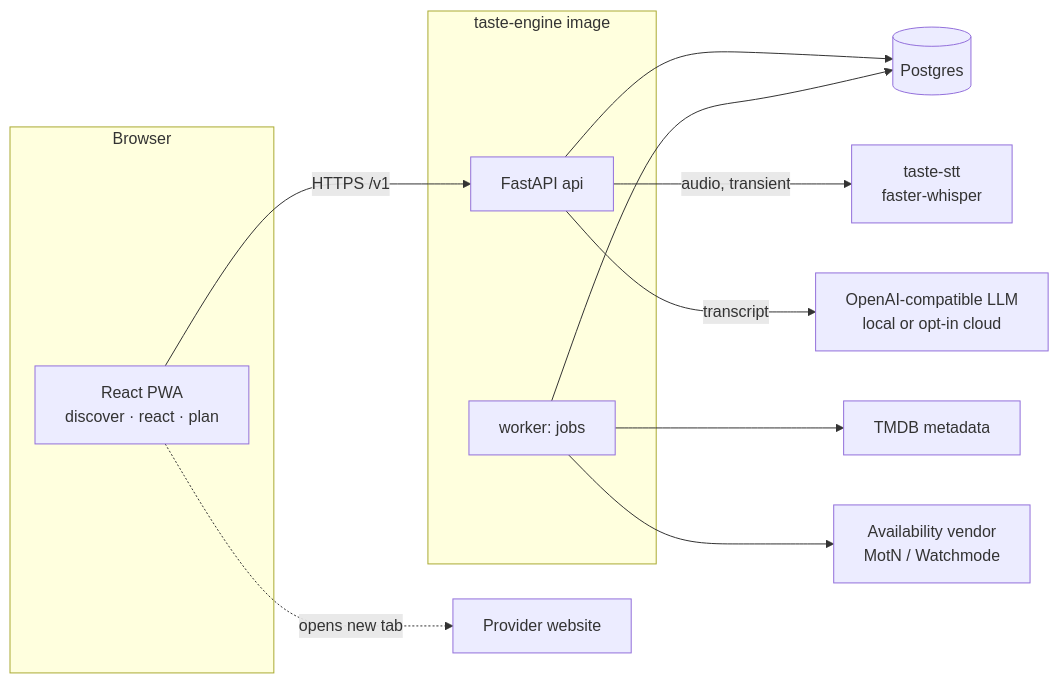
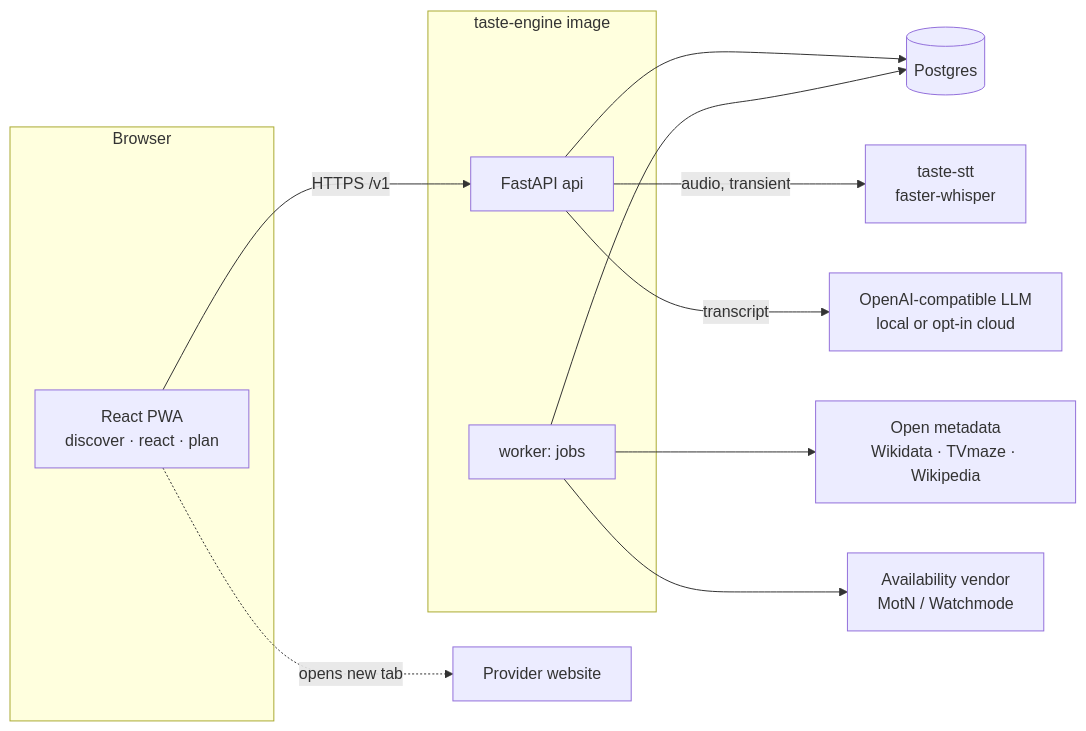
The diagram in specs/projects/taste-engine/architecture.md (Kixantrix/taste-engine), drawn with Mermaid before and after one commit. The commit also changed other lines of this file and 8 other files, not shown here.

Commit message:
taste-engine: record D1 (fully open metadata, drop TMDB)

````diff
--- a/specs/projects/taste-engine/architecture.md
+++ b/specs/projects/taste-engine/architecture.md
@@ -16,18 +16,18 @@
 ```mermaid
 flowchart LR
     subgraph Browser
       PWA[React PWA<br/>discover · react · plan]
     end
     PWA -- HTTPS /v1 --> API
     subgraph taste-engine image
       API[FastAPI api]
       W[worker: jobs]
     end
     API --> PG[(Postgres)]
     W --> PG
     API -- audio, transient --> STT[taste-stt<br/>faster-whisper]
     API -- transcript --> LLM[OpenAI-compatible LLM<br/>local or opt-in cloud]
-    W --> TMDB[TMDB metadata]
+    W --> OPEN[Open metadata<br/>Wikidata · TVmaze · Wikipedia]
     W --> AV[Availability vendor<br/>MotN / Watchmode]
     PWA -. opens new tab .-> P[Provider website]
 ```
````
